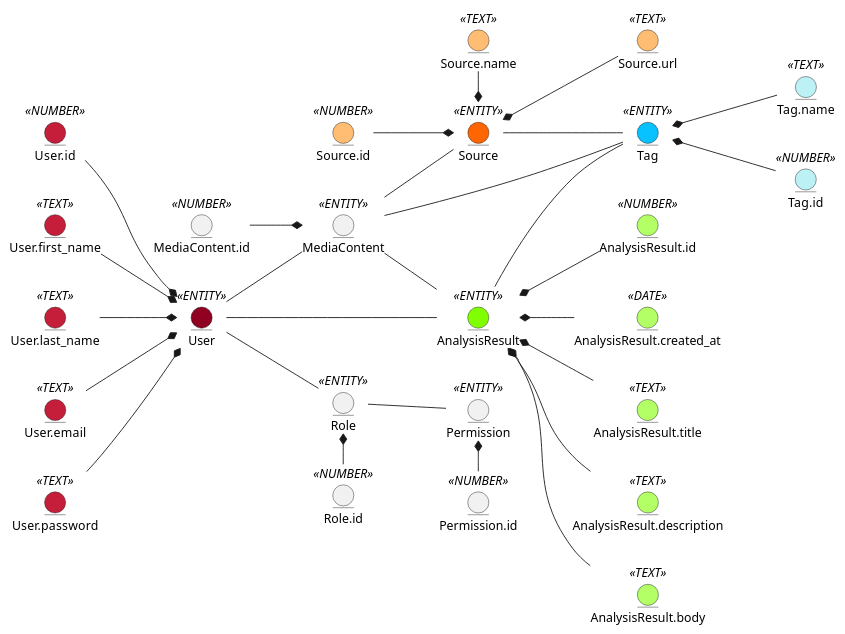
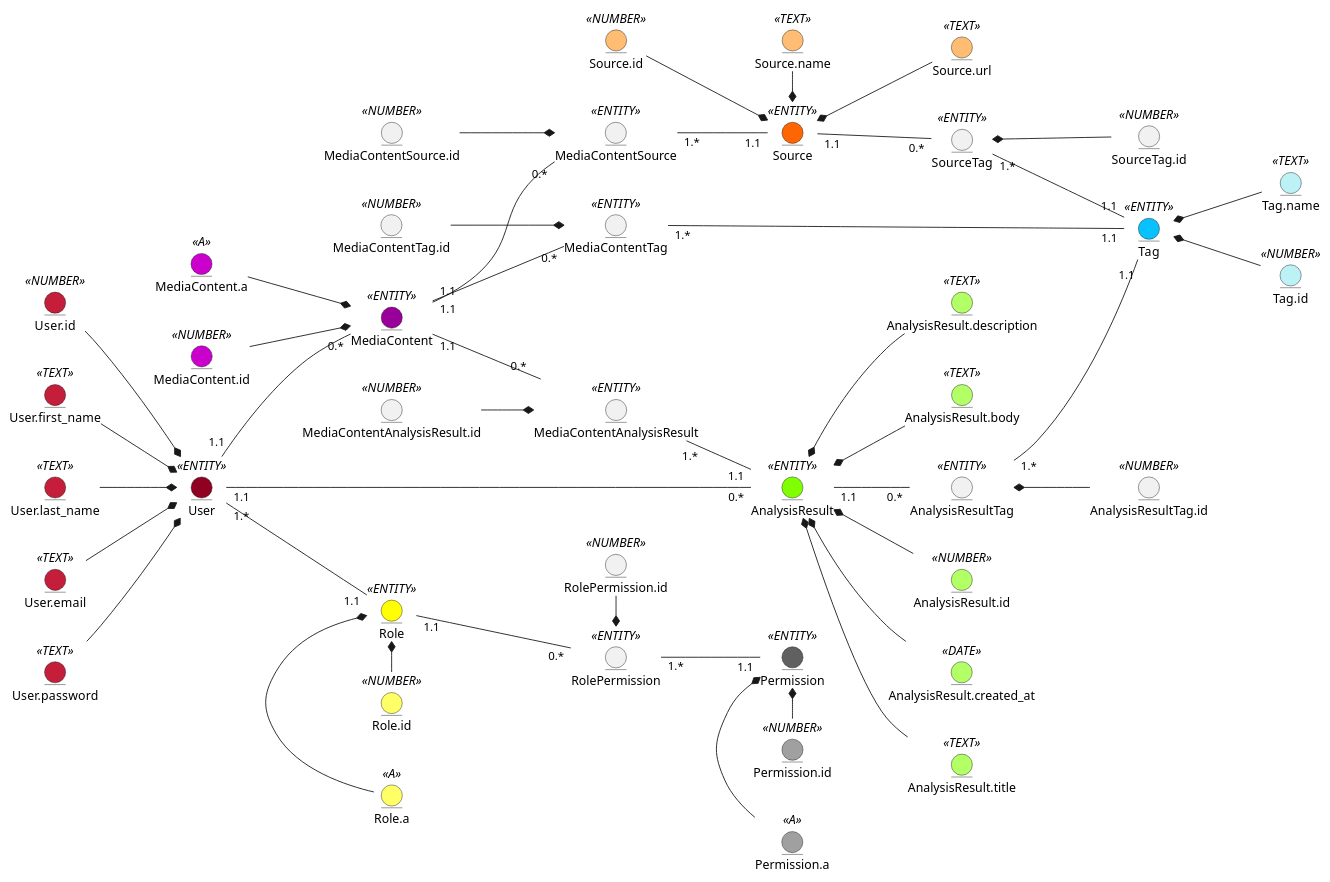
Before and after one commit to semenyaka08/media-content-api: the diagram in docs/design/README.md, drawn with PlantUML.

Commit message:
Add intermediate entities

```diff
--- a/docs/design/README.md
+++ b/docs/design/README.md
@@ -21,22 +21,27 @@
 User.password -d-* User
 
 
-entity MediaContent <<ENTITY>>
-entity MediaContent.id <<NUMBER>>
+entity MediaContent <<ENTITY>> #990099
+entity MediaContent.id <<NUMBER>> #CC00CC
+entity MediaContent.a <<A>> #CC00CC
 
 MediaContent.id -d-* MediaContent
+MediaContent.a -d-* MediaContent
 
 
-entity Role <<ENTITY>>
-entity Role.id <<NUMBER>>
+entity Role <<ENTITY>> #FFFF00
+entity Role.id <<NUMBER>> #FFFF66
+entity Role.a <<A>> #FFFF66
 
 Role.id -l-* Role
+Role.a -l-* Role
 
-
-entity Permission <<ENTITY>>
-entity Permission.id <<NUMBER>>
+entity Permission <<ENTITY>> #606060
+entity Permission.id <<NUMBER>> #A0A0A0
+entity Permission.a <<A>> #A0A0A0
 
 Permission.id -l-* Permission
+Permission.a -l-* Permission
 
 
 entity Source <<ENTITY>> #FF6500
@@ -44,7 +49,7 @@
 entity Source.name <<TEXT>> #FFBD73
 entity Source.url <<TEXT>> #FFBD73
 
-Source.id -d-* Source 
+Source.id --* Source 
 Source.name -r-* Source 
 Source.url -u-* Source
 
@@ -70,14 +75,63 @@
 Tag.id -u-* Tag 
 Tag.name -u-* Tag
 
-User -- MediaContent
-User -- AnalysisResult
-User -- Role
-Role -- Permission
-MediaContent -- Source
-MediaContent -- AnalysisResult
-MediaContent -- Tag
-AnalysisResult -- Tag
-Source -- Tag
+
+entity RolePermission <<ENTITY>>
+entity RolePermission.id <<NUMBER>>
+
+RolePermission.id -r-* RolePermission
+
+
+entity MediaContentSource <<ENTITY>>
+entity MediaContentSource.id <<NUMBER>>
+
+MediaContentSource.id --* MediaContentSource
+
+
+entity MediaContentAnalysisResult <<ENTITY>>
+entity MediaContentAnalysisResult.id <<NUMBER>>
+
+MediaContentAnalysisResult.id --* MediaContentAnalysisResult
+
+
+entity MediaContentTag <<ENTITY>>
+entity MediaContentTag.id <<NUMBER>>
+
+MediaContentTag.id --* MediaContentTag
+
+
+entity AnalysisResultTag <<ENTITY>>
+entity AnalysisResultTag.id <<NUMBER>>
+
+AnalysisResultTag.id -u-* AnalysisResultTag
+
+
+entity SourceTag <<ENTITY>>
+entity SourceTag.id <<NUMBER>>
+
+SourceTag.id -u-* SourceTag
+
+
+User "1.1" -- "0.*" MediaContent
+User "1.1" -- "0.*" AnalysisResult
+User "1.*" -- "1.1" Role
+
+Role "1.1" -- "0.*" RolePermission
+RolePermission "1.*" -- "1.1" Permission
+
+MediaContent "1.1" -- "0.*" MediaContentSource
+MediaContentSource "1.*" -- "1.1" Source
+
+MediaContent "1.1" -- "0.*" MediaContentAnalysisResult
+MediaContentAnalysisResult "1.*" -- "1.1" AnalysisResult
+
+MediaContent "1.1" -- "0.*" MediaContentTag
+MediaContentTag "1.*" -- "1.1" Tag
+
+AnalysisResult "1.1" -- "0.*" AnalysisResultTag
+AnalysisResultTag "1.*" -- "1.1" Tag
+
+Source "1.1" -- "0.*" SourceTag
+SourceTag "1.*" -- "1.1" Tag
 
 @enduml
```
